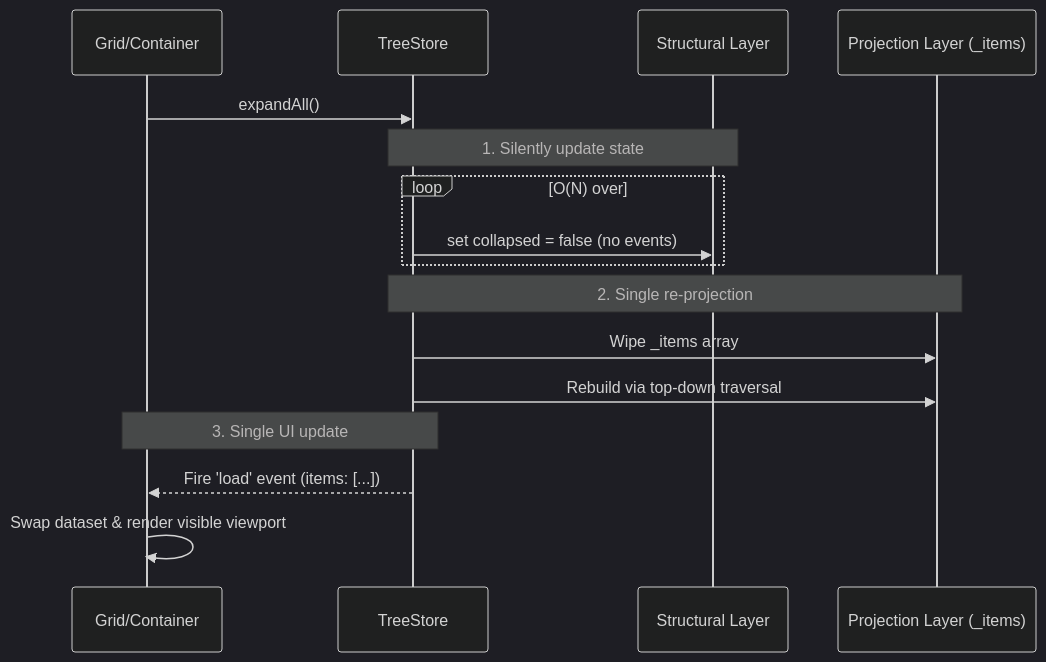
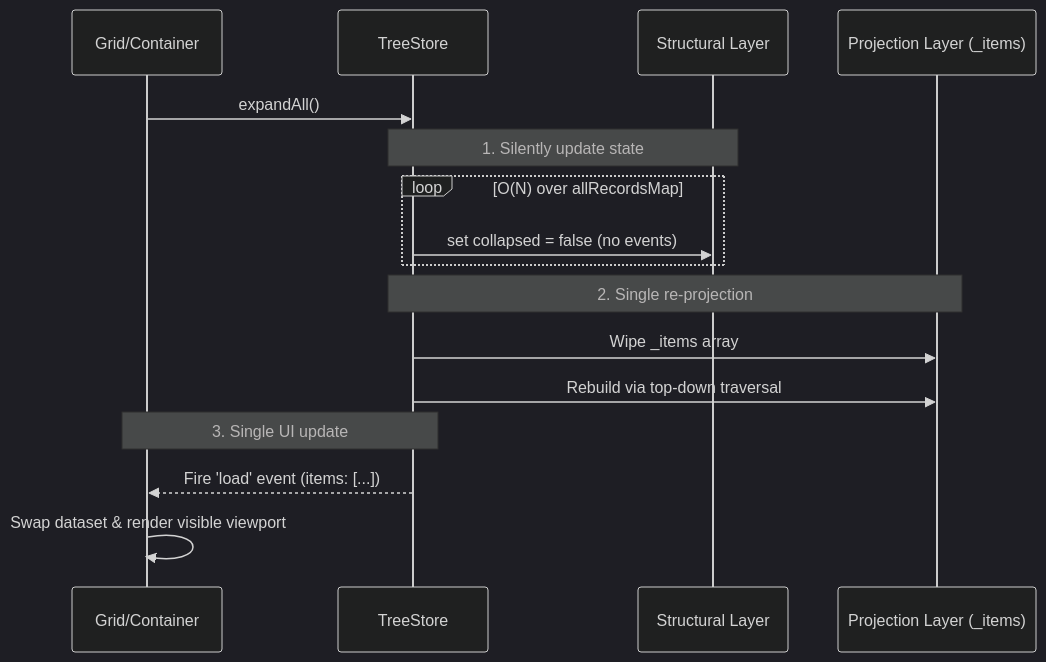
One commit to neomjs/neo changed the third of 3 diagrams in learn/guides/datahandling/TreeStore.md. Above: the diagram before and after it, drawn with Mermaid (dark theme).

Commit message:
docs: Fix mermaid rendering issue with '#' character in loop description (#9445)

````diff
--- a/learn/guides/datahandling/TreeStore.md
+++ b/learn/guides/datahandling/TreeStore.md
@@ -168,21 +168,21 @@
 ```mermaid
 sequenceDiagram
     participant UI as Grid/Container
     participant Store as TreeStore
     participant Struct as Structural Layer
     participant Proj as Projection Layer (_items)
 
     UI->>Store: expandAll()
     Note over Store, Struct: 1. Silently update state
-    loop O(N) over #allRecordsMap
+    loop O(N) over allRecordsMap
         Store->>Struct: set collapsed = false (no events)
     end
     
     Note over Store, Proj: 2. Single re-projection
     Store->>Proj: Wipe _items array
     Store->>Proj: Rebuild via top-down traversal
     
     Note over Store, UI: 3. Single UI update
     Store-->>UI: Fire 'load' event (items: [...])
     UI->>UI: Swap dataset & render visible viewport
 ```
````
